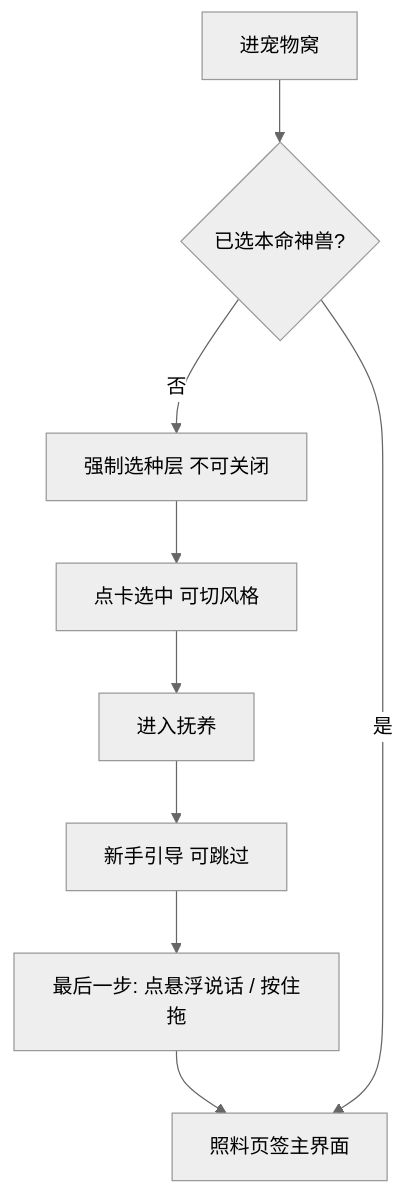
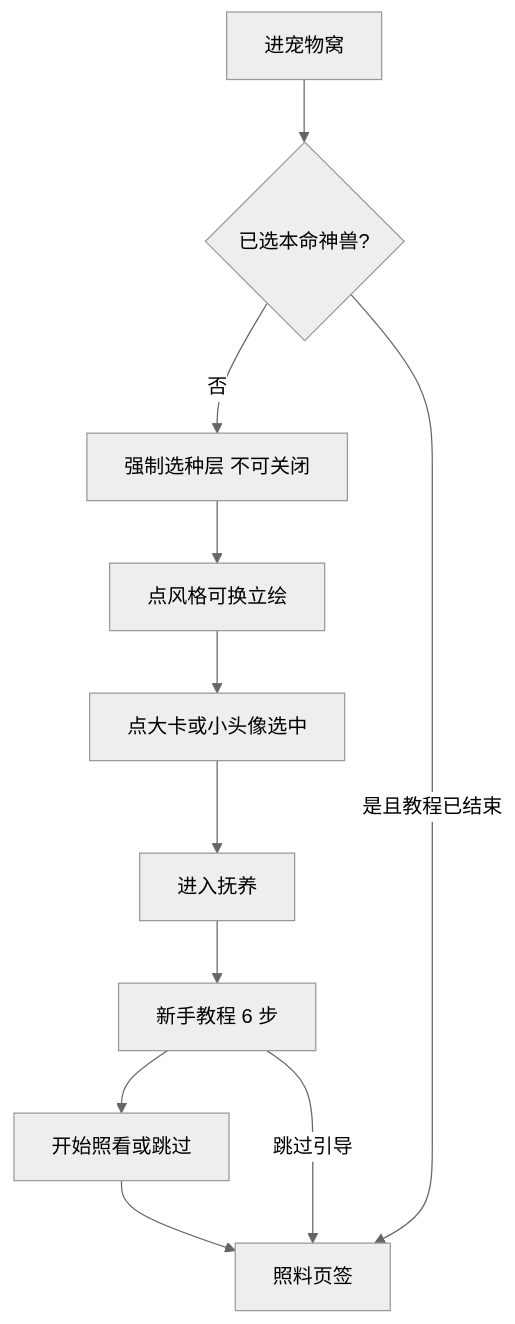
Before and after one commit to huasabrina8-dotcom/qq-pet-vip-prototype: the first of 8 diagrams in docs/萌宠乐园-宠物窝交互说明.md, drawn with Mermaid (neutral theme). The commit also changed other lines of this file and 2 other files, not shown here.

````diff
--- a/docs/萌宠乐园-宠物窝交互说明.md
+++ b/docs/萌宠乐园-宠物窝交互说明.md
@@ -425,11 +513,13 @@
 ```mermaid
 flowchart TD
   A[进宠物窝] --> B{已选本命神兽?}
   B -->|否| C[强制选种层 不可关闭]
-  C --> D[点卡选中 可切风格]
-  D --> E[进入抚养]
-  E --> F[新手引导 可跳过]
-  F --> G[最后一步: 点悬浮说话 / 按住拖]
-  G --> H[照料页签主界面]
-  B -->|是| H
+  C --> D[点风格可换立绘]
+  D --> E[点大卡或小头像选中]
+  E --> F[进入抚养]
+  F --> G[新手教程 6 步]
+  G --> H[开始照看或跳过]
+  H --> I[照料页签]
+  G -->|跳过引导| I
+  B -->|是且教程已结束| I
 ```
````
